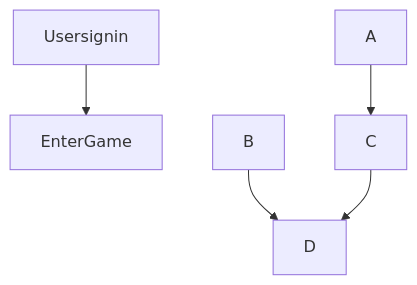
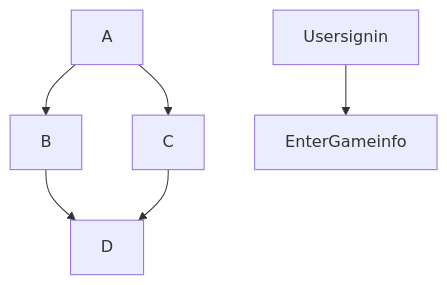
Before and after one commit to JackHarding88/dfe-project: the diagram in README.md, drawn with Mermaid.

````diff
--- a/README.md
+++ b/README.md
@@ -3,7 +3,9 @@
 ```mermaid
   graph TD;
-      Usersignin-->EnterGame;
+      A-->B;
       A-->C;
       B-->D;
       C-->D;
+      
+       Usersignin-->EnterGameinfo;
 ```
````
